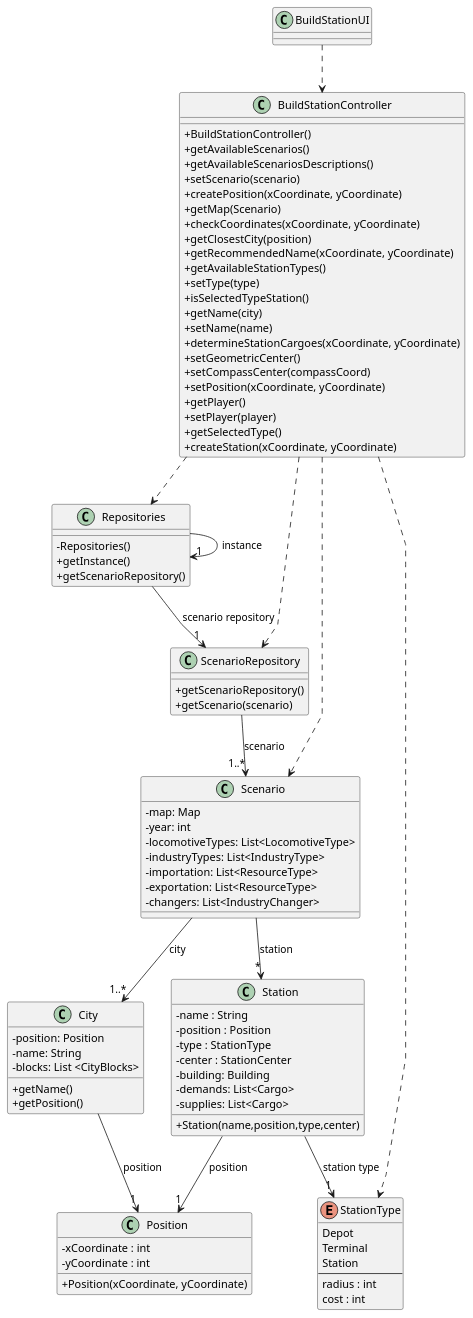
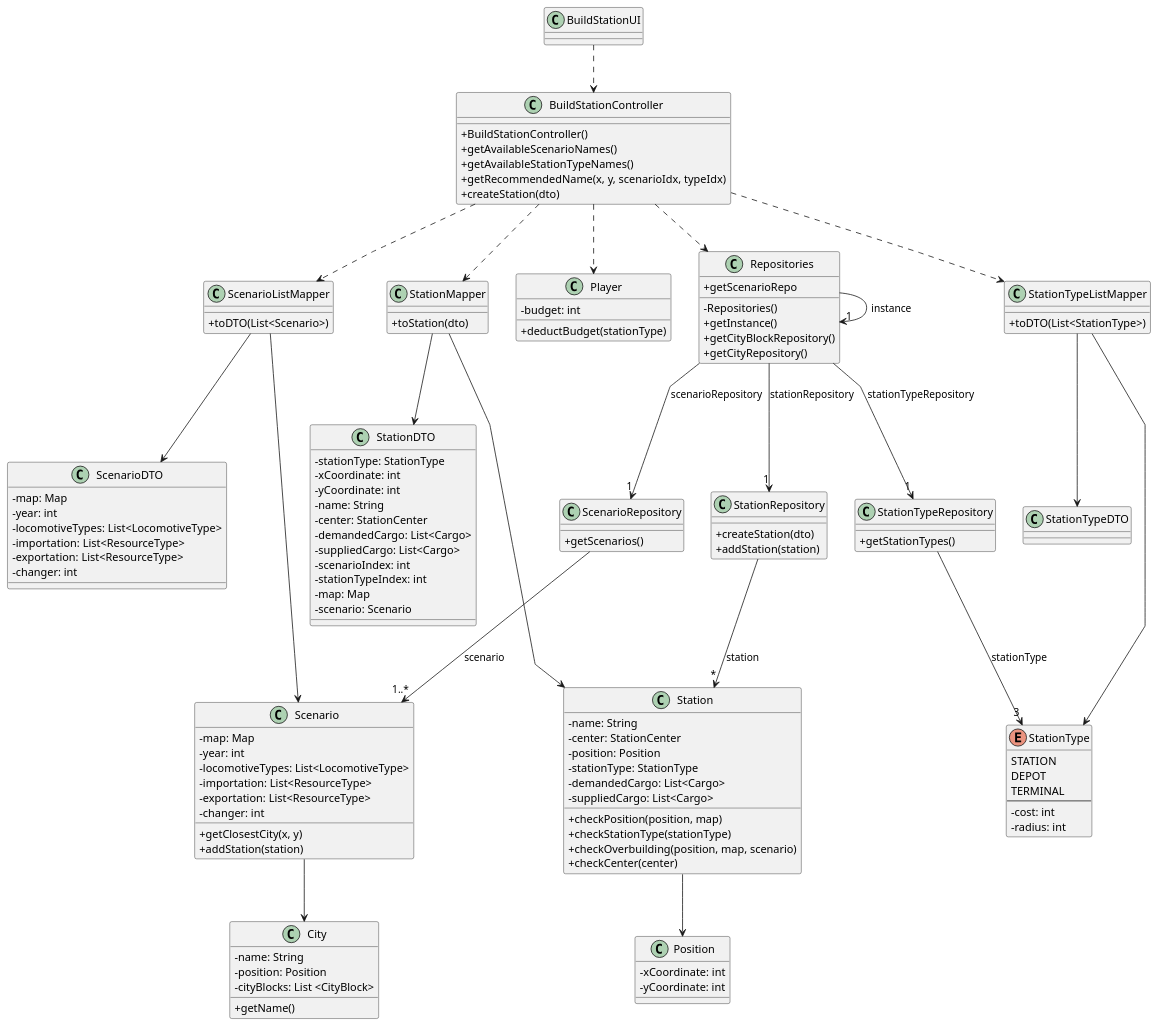
One commit to 1240935/pi2-railway-simulator changed the diagram in Sprint3/US005/03.design/puml/US005-CD.puml. Above: the diagram before and after it, drawn with PlantUML. The commit also changed 6 other files, not shown here.

```diff
--- a/Sprint3/US005/03.design/puml/US005-CD.puml
+++ b/Sprint3/US005/03.design/puml/US005-CD.puml
@@ -1,109 +1,159 @@
 @startuml
 'skinparam monochrome true
 skinparam packageStyle rectangle
 skinparam shadowing false
 skinparam linetype polyline
 'skinparam linetype orto
 
 skinparam classAttributeIconSize 0
 
-'left to right direction
+class BuildStationUI
 
-class BuildStationUI {
+class BuildStationController {
+    + BuildStationController()
+    + getAvailableScenarioNames()
+    + getAvailableStationTypeNames()
+    + getRecommendedName(x, y, scenarioIdx, typeIdx)
+    + createStation(dto)
 }
 
-class BuildStationController {
-  +BuildStationController()
-  +getAvailableScenarios()
-  +getAvailableScenariosDescriptions()
-  +setScenario(scenario)
-  +createPosition(xCoordinate, yCoordinate)
-  +getMap(Scenario)
-  +checkCoordinates(xCoordinate, yCoordinate)
-  +getClosestCity(position)
-  +getRecommendedName(xCoordinate, yCoordinate)
-  +getAvailableStationTypes()
-  +setType(type)
-  +isSelectedTypeStation()
-  +getName(city)
-  +setName(name)
-  +determineStationCargoes(xCoordinate, yCoordinate)
-  +setGeometricCenter()
-  +setCompassCenter(compassCoord)
-  +setPosition(xCoordinate, yCoordinate)
-  +getPlayer()
-  +setPlayer(player)
-  +getSelectedType()
-  +createStation(xCoordinate, yCoordinate)
+class Scenario {
+    - map: Map
+    - year: int
+    - locomotiveTypes: List<LocomotiveType>
+    - importation: List<ResourceType>
+    - exportation: List<ResourceType>
+    - changer: int
+    + getClosestCity(x, y)
+    + addStation(station)
+}
+
+class City {
+    -name: String
+    -position: Position
+    -cityBlocks: List <CityBlock>
+    + getName()
+}
+
+class Station {
+    -name: String
+    -center: StationCenter
+    -position: Position
+    -stationType: StationType
+    -demandedCargo: List<Cargo>
+    -suppliedCargo: List<Cargo>
+    + checkPosition(position, map)
+    + checkStationType(stationType)
+    + checkOverbuilding(position, map, scenario)
+    + checkCenter(center)
+}
+
+class Position {
+    -xCoordinate: int
+    -yCoordinate: int
+}
+
+class Player {
+    - budget: int
+    + deductBudget(stationType)
+}
+
+class ScenarioRepository {
+    + getScenarios()
+}
+
+class StationTypeRepository {
+    + getStationTypes()
+}
+
+class StationRepository {
+    + createStation(dto)
+    + addStation(station)
+}
+
+class ScenarioListMapper {
+    + toDTO(List<Scenario>)
+}
+
+class StationTypeListMapper {
+    + toDTO(List<StationType>)
+}
+
+class StationMapper {
+    + toStation(dto)
+}
+
+class ScenarioDTO{
+    -map: Map
+    -year: int
+    -locomotiveTypes: List<LocomotiveType>
+    -importation: List<ResourceType>
+    -exportation: List<ResourceType>
+    -changer: int
+}
+
+class StationTypeDTO{
+}
+
+class StationDTO {
+    - stationType: StationType
+    - xCoordinate: int
+    - yCoordinate: int
+    - name: String
+    - center: StationCenter
+    - demandedCargo: List<Cargo>
+    - suppliedCargo: List<Cargo>
+    - scenarioIndex: int
+    - stationTypeIndex: int
+    - map: Map
+    - scenario: Scenario
+}
+
+enum StationType{
+    STATION
+    DEPOT
+    TERMINAL
+    --
+    -cost: int
+    -radius: int
 }
 
 class Repositories {
-      - Repositories()
-      + getInstance()
-      + getScenarioRepository()
- }
-
-class City {
-  - position: Position
-  - name: String
-  - blocks: List <CityBlocks>
-  +getName()
-  +getPosition()
-}
-
-class Scenario {
-       -map: Map
-       -year: int
-       -locomotiveTypes: List<LocomotiveType>
-       -industryTypes: List<IndustryType>
-       -importation: List<ResourceType>
-       -exportation: List<ResourceType>
-       -changers: List<IndustryChanger>
-}
-
-class Position {
-  -xCoordinate : int
-  -yCoordinate : int
-  +Position(xCoordinate, yCoordinate)
-}
-
-enum StationType {
-  Depot
-  Terminal
-  Station
-  --
-  radius : int
-  cost : int
-}
-
-class ScenarioRepository {
-  +getScenarioRepository()
-  +getScenario(scenario)
-}
-
-class Station{
-    -name : String
-    -position : Position
-    -type : StationType
-    -center : StationCenter
-    -building: Building
-    -demands: List<Cargo>
-    -supplies: List<Cargo>
-    +Station(name,position,type,center)
+  -Repositories()
+  +getInstance()
+  +getScenarioRepo
+  +getCityBlockRepository()
+  +getCityRepository()
 }
 
 BuildStationUI ..> BuildStationController
-BuildStationController ..> ScenarioRepository
-BuildStationController ..> Scenario
-BuildStationController ..> StationType
-BuildStationController ..> Repositories
-Repositories --> "1" ScenarioRepository : scenario repository
+
+BuildStationController..> Repositories
+
 Repositories -> "1" Repositories : instance
-ScenarioRepository --> "1..*" Scenario  : scenario
-Scenario --> "1..*" City : city
-Scenario --> "*" Station : station
-City --> "1" Position : position
-Station --> "1" Position : position
-Station --> "1" StationType : station type
+Repositories --> "1" ScenarioRepository: scenarioRepository
+Repositories --> "1" StationTypeRepository: stationTypeRepository
+Repositories --> "1" StationRepository: stationRepository
+
+BuildStationController ..> ScenarioListMapper
+BuildStationController ..> StationTypeListMapper
+BuildStationController ..> StationMapper
+BuildStationController ..> Player
+
+ScenarioRepository --> "1..*" Scenario: scenario
+StationTypeRepository --> "3" StationType: stationType
+StationRepository --> "*" Station: station
+
+
+
+ScenarioListMapper --> ScenarioDTO
+ScenarioListMapper --> Scenario
+StationTypeListMapper --> StationTypeDTO
+StationTypeListMapper --> StationType
+StationMapper --> Station
+StationMapper --> StationDTO
+
+Scenario --> City
+Station --> Position
 
 @enduml
```
